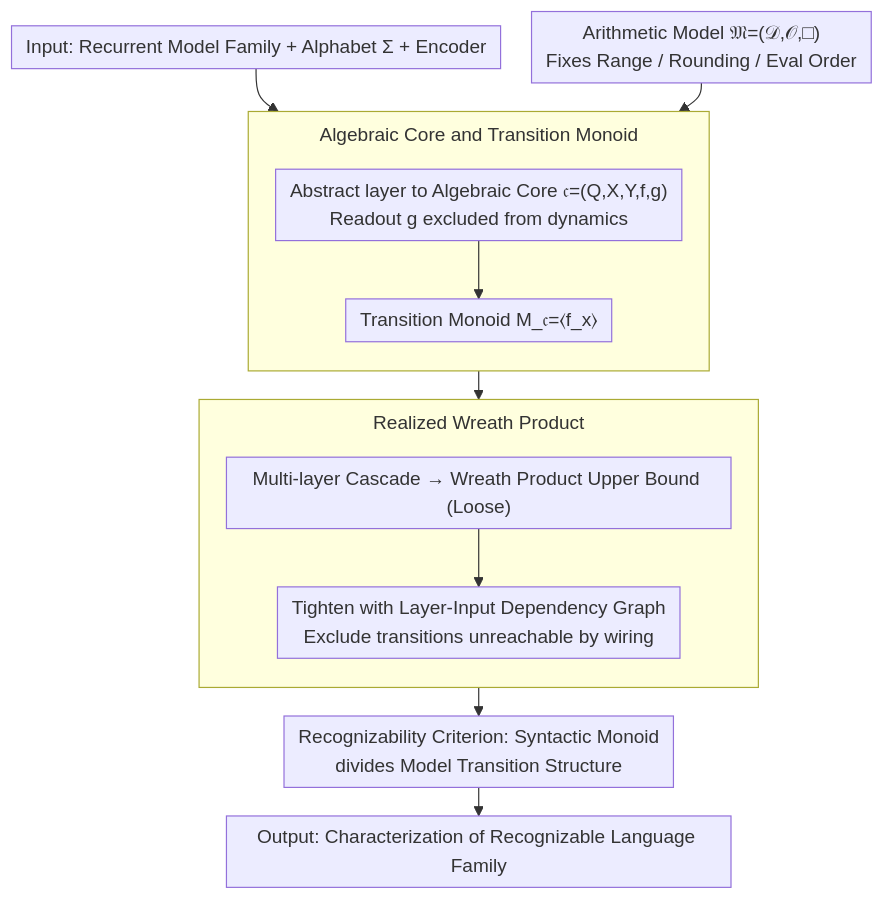
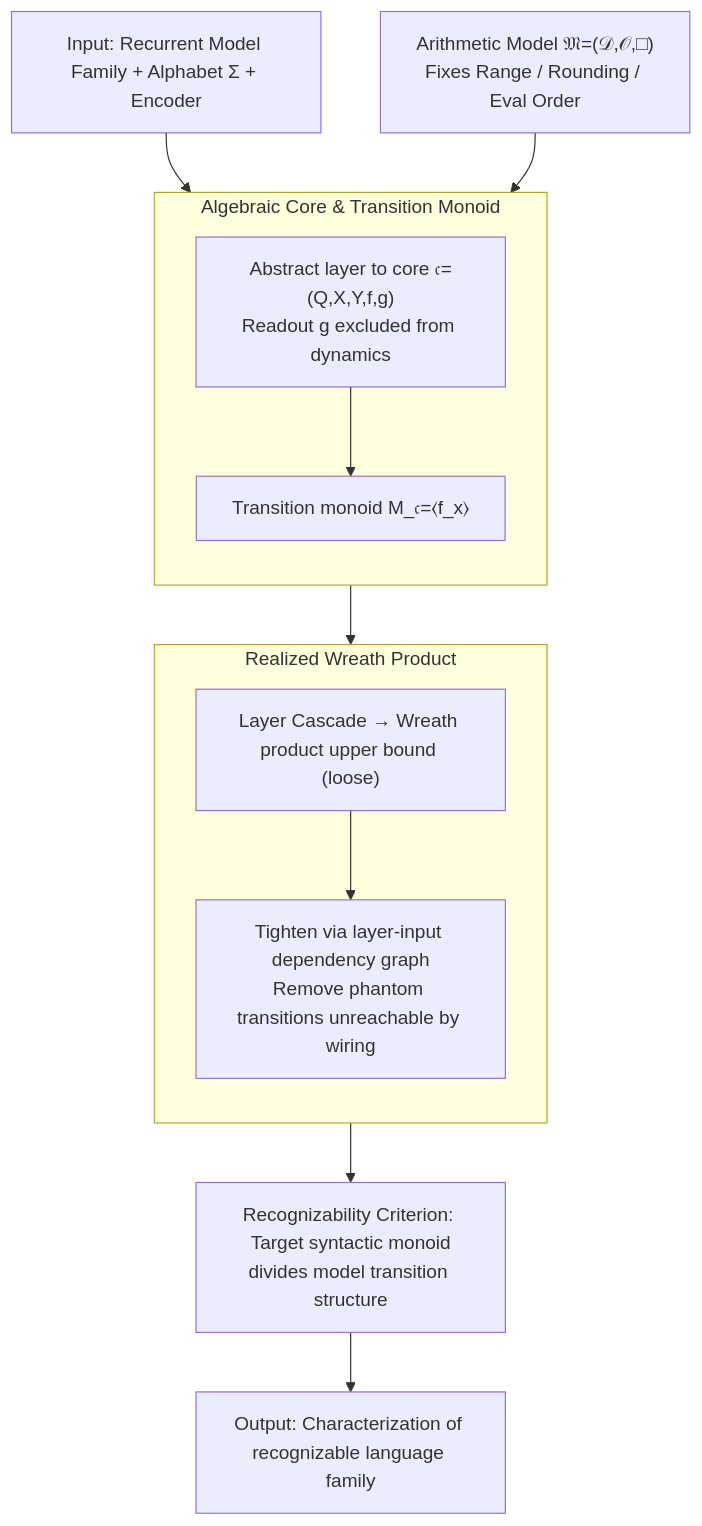
Before and after one commit to zhaoyang97/Paper-Notes-en: the diagram in docs/ICML2026/model_compression/an_algebraic_view_of_the_expressivity_of_recurrent_language_models.md, drawn with Mermaid. The commit also changed other lines of this file and 5084 other files, not shown here.

````diff
--- a/docs/ICML2026/model_compression/an_algebraic_view_of_the_expressivity_of_recurrent_language_models.md
+++ b/docs/ICML2026/model_compression/an_algebraic_view_of_the_expressivity_of_recurrent_language_models.md
@@ -42,26 +42,25 @@
 ```mermaid
-%%{init: {'flowchart': {'rankSpacing': 24, 'nodeSpacing': 26, 'padding': 6, 'wrappingWidth': 400, 'subGraphTitleMargin': {'top': 8, 'bottom': 16}}}}%%
 flowchart TD
     IN["Input: Recurrent Model Family + Alphabet Σ + Encoder"]
     SEM["Arithmetic Model 𝔐=(𝒟,𝒪,□)<br/>Fixes Range / Rounding / Eval Order"]
-    subgraph D1["Algebraic Core and Transition Monoid"]
+    subgraph D1["Algebraic Core & Transition Monoid"]
         direction TB
-        CORE["Abstract layer to Algebraic Core 𝔠=(Q,X,Y,f,g)<br/>Readout g excluded from dynamics"]
-        MON["Transition Monoid M_𝔠=⟨f_x⟩"]
+        CORE["Abstract layer to core 𝔠=(Q,X,Y,f,g)<br/>Readout g excluded from dynamics"]
+        MON["Transition monoid M_𝔠=⟨f_x⟩"]
         CORE --> MON
     end
     subgraph D2["Realized Wreath Product"]
         direction TB
-        CAS["Multi-layer Cascade → Wreath Product Upper Bound (Loose)"]
-        REAL["Tighten with Layer-Input Dependency Graph<br/>Exclude transitions unreachable by wiring"]
+        CAS["Layer Cascade → Wreath product upper bound (loose)"]
+        REAL["Tighten via layer-input dependency graph<br/>Remove phantom transitions unreachable by wiring"]
         CAS --> REAL
     end
-    JUDGE["Recognizability Criterion: Syntactic Monoid<br/>divides Model Transition Structure"]
-    OUT["Output: Characterization of Recognizable Language Family"]
+    JUDGE["Recognizability Criterion: Target syntactic monoid<br/>divides model transition structure"]
+    OUT["Output: Characterization of recognizable language family"]
 
     IN --> CORE
     SEM --> MON
     MON --> CAS
     REAL --> JUDGE
     JUDGE --> OUT
 ```
````
